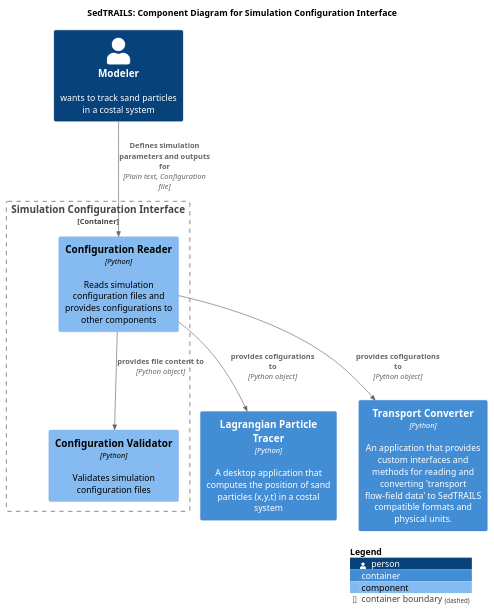
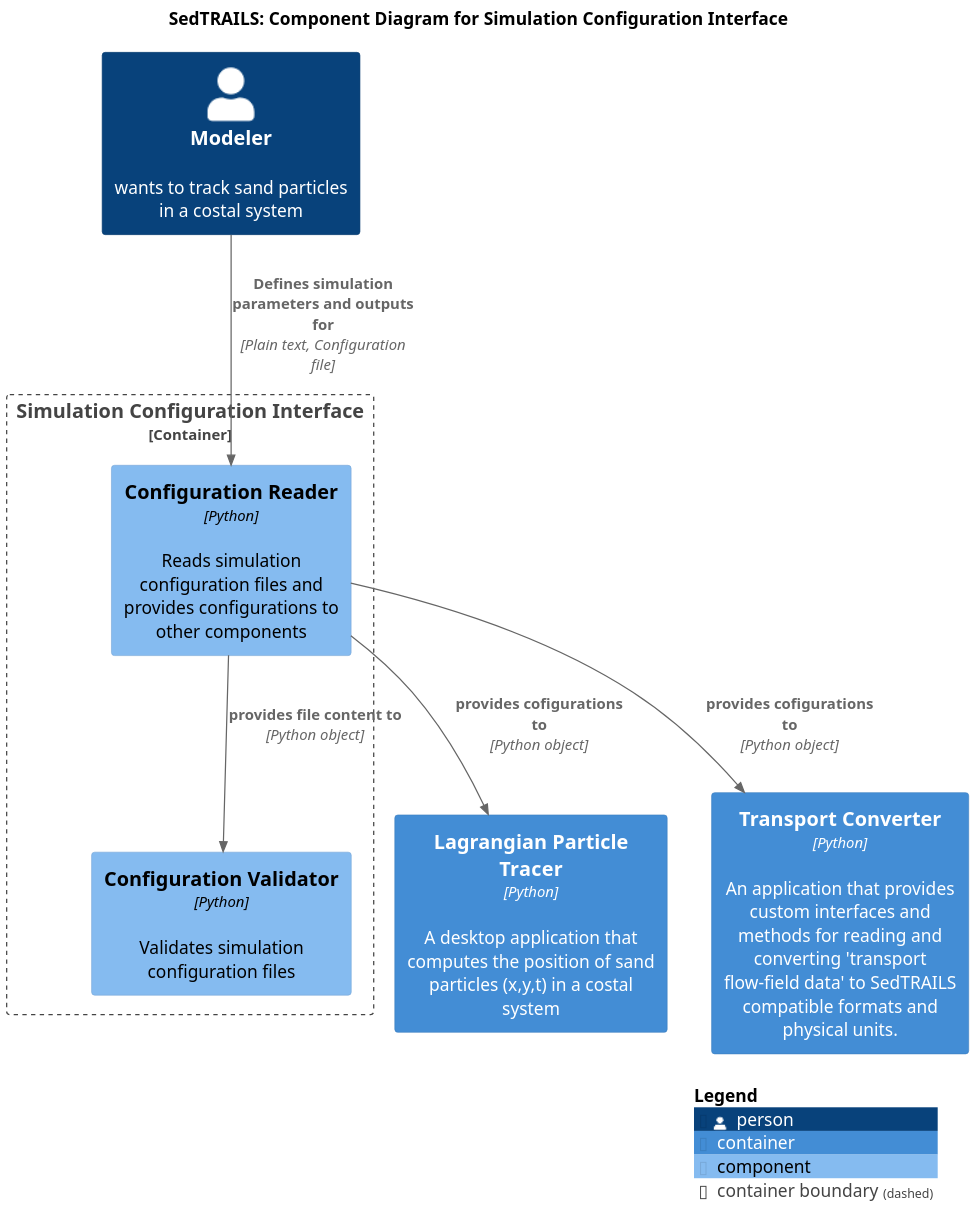
Before and after one commit to sgpearson17/sedtrails-sgp: the diagram in diagrams/componets-config-app.puml, drawn with PlantUML. The commit also changed 5 other files, not shown here.

```diff
--- a/diagrams/componets-config-app.puml
+++ b/diagrams/componets-config-app.puml
@@ -1,24 +1,24 @@
-@startuml SedtrailComponentsConverter
+@startuml SedtrailComponentsConfigurationInterface
 !include ./c4/C4_Component.puml
 
 ' LAYOUT_LANDSCAPE()
 
 title SedTRAILS: Component Diagram for Simulation Configuration Interface
-scale 1
+scale 2
 
 Person(modeler, "Modeler", "wants to track sand particles in a costal system")
 Container(particleTracer, "Lagrangian Particle Tracer", "Python", "A desktop application that computes the position of sand particles (x,y,t) in a costal system")
 Container(transportConverter, "Transport Converter", "Python", "An application that provides custom interfaces and methods for reading and converting 'transport flow-field data' to SedTRAILS compatible formats and physical units.")
 
 Container_Boundary(configInterface, "Simulation Configuration Interface", "Python", "An application that reads and interprets simulation configuration files"){
     Component(configReader, "Configuration Reader", "Python", "Reads simulation configuration files and provides configurations to other components")
     Component(configValidator, "Configuration Validator", "Python", "Validates simulation configuration files")
     Rel(configReader, configValidator, "provides file content to", "Python object")
 }
 
 Rel(modeler, configReader, "Defines simulation parameters and outputs for", "Plain text, Configuration file")
 Rel(configReader, particleTracer, "provides cofigurations to", "Python object")
 Rel(configReader, transportConverter, "provides cofigurations to", "Python object")
 
 SHOW_LEGEND()
 @enduml
```
